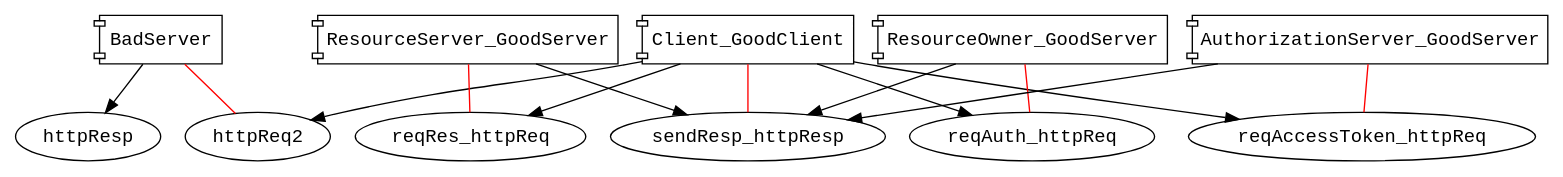
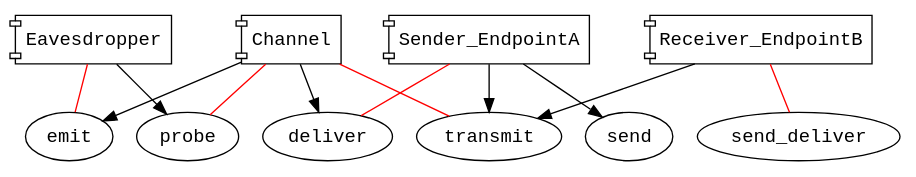
The diagram in out.dot (eskang/sdsl), drawn with Graphviz before and after one commit. The commit also changed 10 other files, not shown here.

```diff
--- a/out.dot
+++ b/out.dot
@@ -1,36 +1,31 @@
 digraph g {
-graph[fontname="courier"]
+graph[fontname="courier", splines=true]
 node[fontname="courier"]
 edge[fontname="courier"]
-BadServer [shape=component];
-httpReq2 [shape=ellipse];
-BadServer -> httpReq2 [dir=none,color=red];
-httpResp [shape=ellipse];
-BadServer -> httpResp;
-Client_GoodClient [shape=component];
-sendResp_httpResp [shape=ellipse];
-Client_GoodClient -> sendResp_httpResp [dir=none,color=red];
-reqAuth_httpReq [shape=ellipse];
-Client_GoodClient -> reqAuth_httpReq;
-reqRes_httpReq [shape=ellipse];
-Client_GoodClient -> reqRes_httpReq;
-reqAccessToken_httpReq [shape=ellipse];
-Client_GoodClient -> reqAccessToken_httpReq;
-httpReq2 [shape=ellipse];
-Client_GoodClient -> httpReq2;
-ResourceServer_GoodServer [shape=component];
-reqRes_httpReq [shape=ellipse];
-ResourceServer_GoodServer -> reqRes_httpReq [dir=none,color=red];
-sendResp_httpResp [shape=ellipse];
-ResourceServer_GoodServer -> sendResp_httpResp;
-ResourceOwner_GoodServer [shape=component];
-reqAuth_httpReq [shape=ellipse];
-ResourceOwner_GoodServer -> reqAuth_httpReq [dir=none,color=red];
-sendResp_httpResp [shape=ellipse];
-ResourceOwner_GoodServer -> sendResp_httpResp;
-AuthorizationServer_GoodServer [shape=component];
-reqAccessToken_httpReq [shape=ellipse];
-AuthorizationServer_GoodServer -> reqAccessToken_httpReq [dir=none,color=red];
-sendResp_httpResp [shape=ellipse];
-AuthorizationServer_GoodServer -> sendResp_httpResp;
+Eavesdropper [shape=component];
+emit [shape=ellipse];
+Eavesdropper -> emit [dir=none,color=red];
+probe [shape=ellipse];
+Eavesdropper -> probe;
+Receiver_EndpointB [shape=component];
+send_deliver [shape=ellipse];
+Receiver_EndpointB -> send_deliver [dir=none,color=red];
+transmit [shape=ellipse];
+Receiver_EndpointB -> transmit;
+Sender_EndpointA [shape=component];
+deliver [shape=ellipse];
+Sender_EndpointA -> deliver [dir=none,color=red];
+send [shape=ellipse];
+Sender_EndpointA -> send;
+transmit [shape=ellipse];
+Sender_EndpointA -> transmit;
+Channel [shape=component];
+transmit [shape=ellipse];
+Channel -> transmit [dir=none,color=red];
+probe [shape=ellipse];
+Channel -> probe [dir=none,color=red];
+deliver [shape=ellipse];
+Channel -> deliver;
+emit [shape=ellipse];
+Channel -> emit;
 }
```
